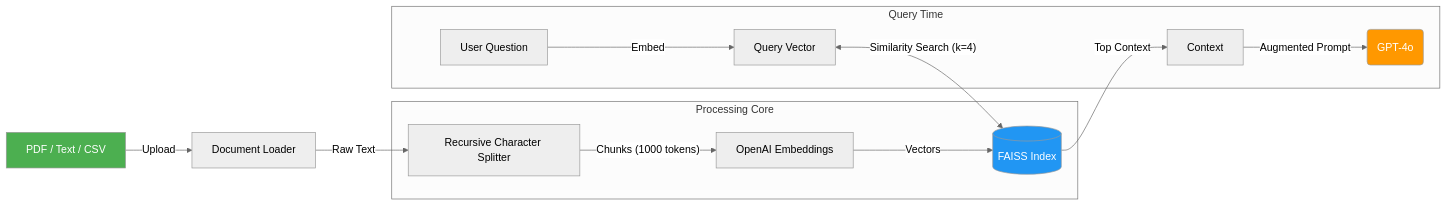
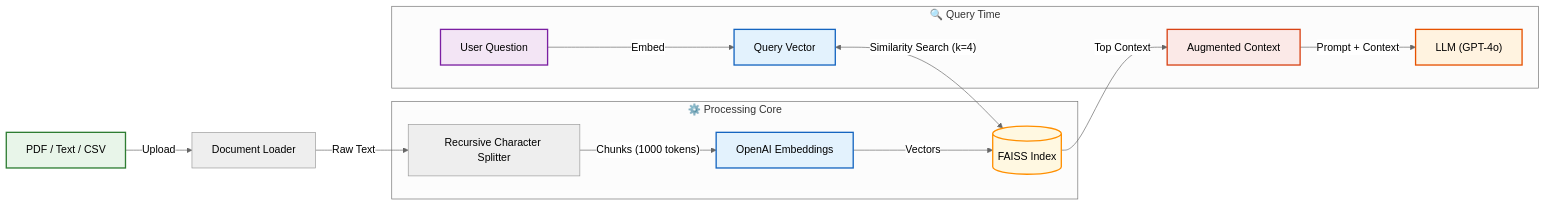
Before and after one commit to Sur27codes/EchoMindAI: the second of 4 diagrams in README.md, drawn with Mermaid (neutral theme). The commit also changed other lines of this file, not shown here.

Commit message:
Polish system workflows with vibrant diagrams and narrative steps

````diff
--- a/README.md
+++ b/README.md
@@ -84,21 +97,25 @@
 ```mermaid
 graph LR
-    Input["PDF / Text / CSV"] -->|Upload| Loader[Document Loader]
-    Loader -->|Raw Text| Splitter[Recursive Character Splitter]
+    Input["PDF / Text / CSV"]:::input -->|Upload| Loader["Document Loader"]
+    Loader -->|Raw Text| Splitter["Recursive Character Splitter"]
     
-    subgraph Processing ["Processing Core"]
-        Splitter -->|"Chunks (1000 tokens)"| Embed[OpenAI Embeddings]
-        Embed -->|Vectors| Index[(FAISS Index)]
+    subgraph Processing ["⚙️ Processing Core"]
+        Splitter -->|"Chunks (1000 tokens)"| Embed["OpenAI Embeddings"]:::process
+        Embed -->|Vectors| Index[("FAISS Index")]:::db
     end
     
-    subgraph Retrieval ["Query Time"]
-        Query[User Question] -->|Embed| Q_Vector[Query Vector]
+    subgraph Retrieval ["🔍 Query Time"]
+        Query["User Question"]:::query -->|Embed| Q_Vector["Query Vector"]:::process
         Q_Vector <-->|"Similarity Search (k=4)"| Index
-        Index -->|Top Context| Context
-        Context -->|Augmented Prompt| LLM(GPT-4o)
+        Index -->|Top Context| Context["Augmented Context"]:::result
+        Context -->|Prompt + Context| LLM["LLM (GPT-4o)"]:::ai
     end
 
-    style Input fill:#4CAF50,color:#fff
-    style Index fill:#2196F3,color:#fff
-    style LLM fill:#FF9800,color:#fff
+    %% Styling
+    classDef input fill:#E8F5E9,stroke:#2E7D32,stroke-width:2px,color:#000;
+    classDef process fill:#E3F2FD,stroke:#1565C0,stroke-width:2px,color:#000;
+    classDef db fill:#FFF8E1,stroke:#FF8F00,stroke-width:2px,color:#000;
+    classDef query fill:#F3E5F5,stroke:#7B1FA2,stroke-width:2px,color:#000;
+    classDef result fill:#FBE9E7,stroke:#D84315,stroke-width:2px,color:#000;
+    classDef ai fill:#FFF3E0,stroke:#E65100,stroke-width:2px,color:#000;
 ```
````
